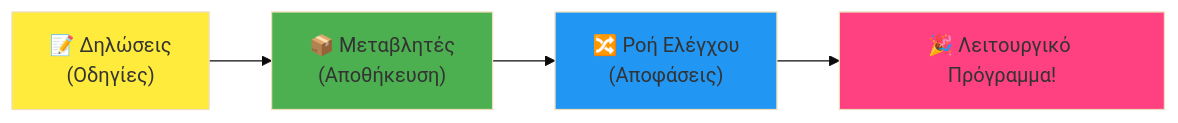
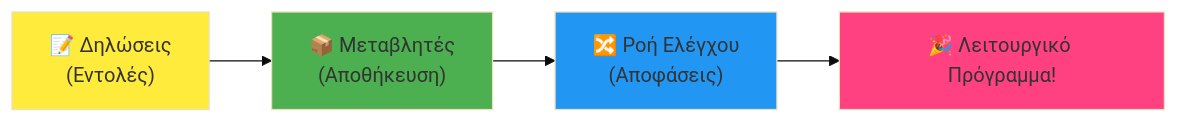
Before and after one commit to microsoft/Web-Dev-For-Beginners: the fourth of 7 diagrams in translations/el/1-getting-started-lessons/1-intro-to-programming-languages/README.md, drawn with Mermaid (base theme). The commit also changed other lines of this file and 8 other files, not shown here.

````diff
--- a/translations/el/1-getting-started-lessons/1-intro-to-programming-languages/README.md
+++ b/translations/el/1-getting-started-lessons/1-intro-to-programming-languages/README.md
@@ -467,9 +467,9 @@
 ```mermaid
 flowchart LR
-    A["📝 Δηλώσεις<br/>(Οδηγίες)"] --> B["📦 Μεταβλητές<br/>(Αποθήκευση)"] --> C["🔀 Ροή Ελέγχου<br/>(Αποφάσεις)"] --> D["🎉 Λειτουργικό Πρόγραμμα!"]
+    A["📝 Δηλώσεις<br/>(Εντολές)"] --> B["📦 Μεταβλητές<br/>(Αποθήκευση)"] --> C["🔀 Ροή Ελέγχου<br/>(Αποφάσεις)"] --> D["🎉 Λειτουργικό Πρόγραμμα!"]
     
     style A fill:#ffeb3b
     style B fill:#4caf50
     style C fill:#2196f3
     style D fill:#ff4081
 ```
````
